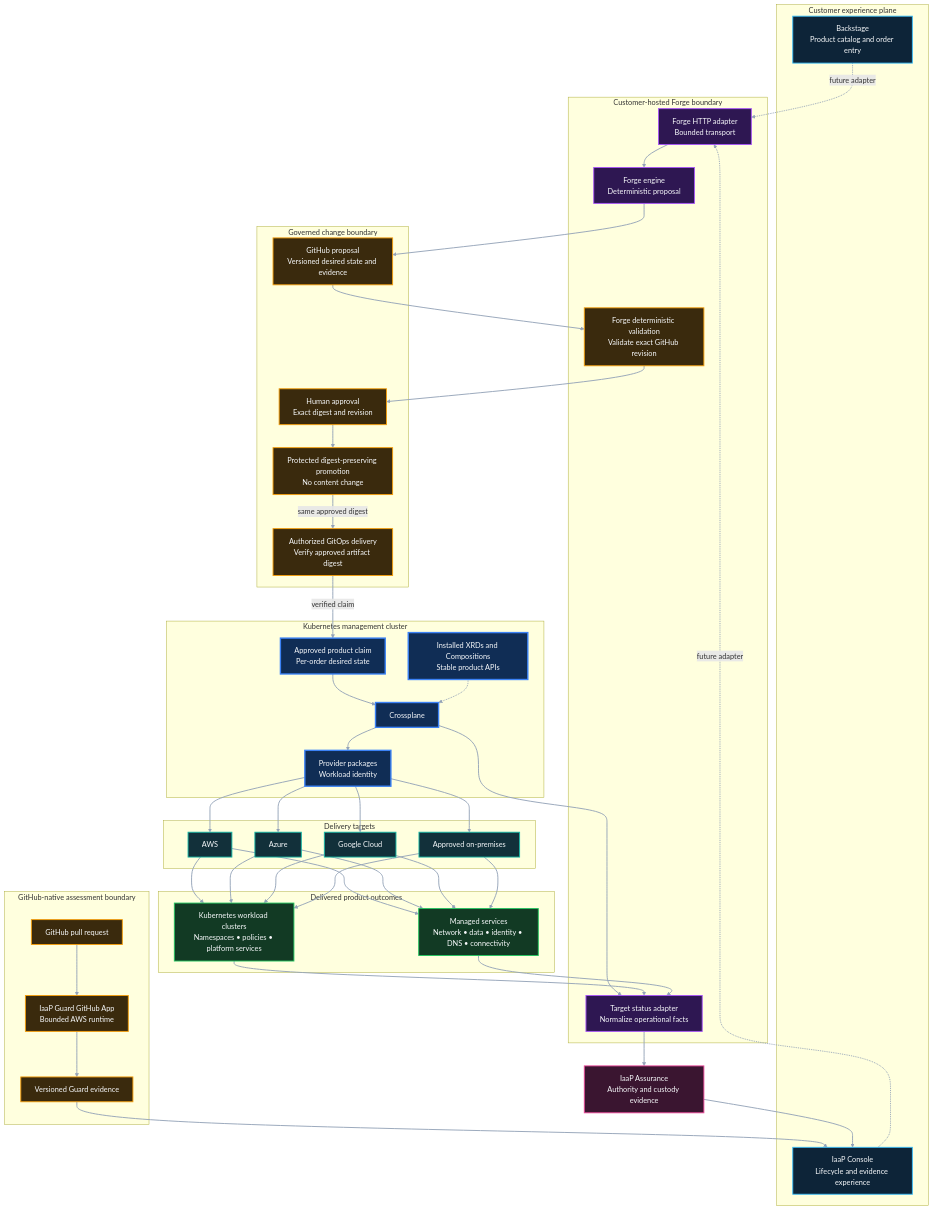
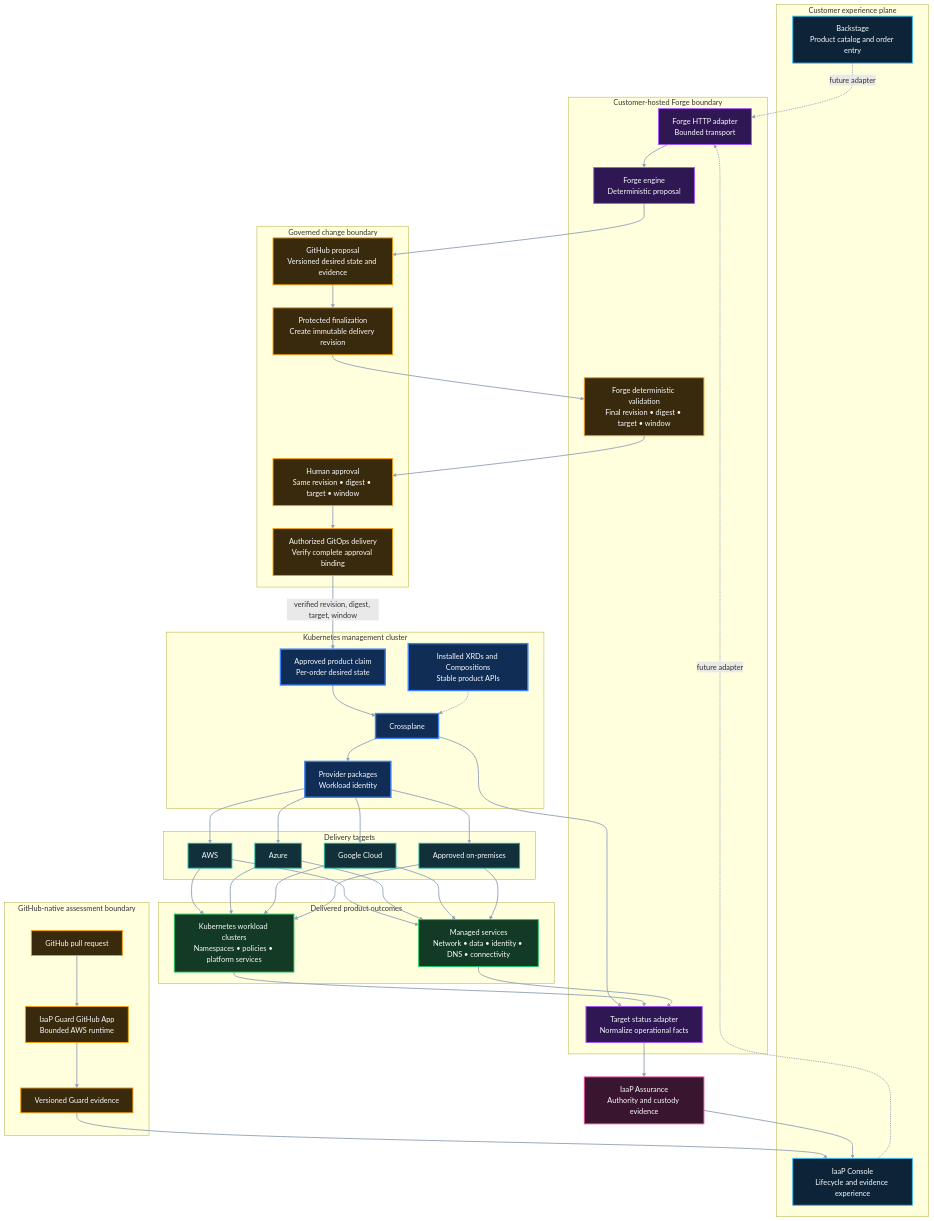
The second of 5 diagrams in docs/PRODUCT-ARCHITECTURE.md (InfrastructureProductWorks/ai-powered-infrastructure-as-a-product), drawn with Mermaid before and after one commit. The commit also changed other lines of this file, not shown here.

Commit message:
docs: bind delivery to final revision target and window

```diff
--- a/docs/PRODUCT-ARCHITECTURE.md
+++ b/docs/PRODUCT-ARCHITECTURE.md
@@ -79,15 +79,15 @@
   subgraph SVC["Customer-hosted Forge boundary"]
     FH["Forge HTTP adapter<br/>Bounded transport"]
     FE["Forge engine<br/>Deterministic proposal"]
-    FV["Forge deterministic validation<br/>Validate exact GitHub revision"]
+    FV["Forge deterministic validation<br/>Final revision • digest • target • window"]
     FA["Target status adapter<br/>Normalize operational facts"]
   end
 
   subgraph GOV["Governed change boundary"]
     GH["GitHub proposal<br/>Versioned desired state and evidence"]
-    HA["Human approval<br/>Exact digest and revision"]
-    PM["Protected digest-preserving promotion<br/>No content change"]
-    GC["Authorized GitOps delivery<br/>Verify approved artifact digest"]
+    PM["Protected finalization<br/>Create immutable delivery revision"]
+    HA["Human approval<br/>Same revision • digest • target • window"]
+    GC["Authorized GitOps delivery<br/>Verify complete approval binding"]
   end
 
   subgraph MGMT["Kubernetes management cluster"]
@@ -118,11 +118,11 @@
   UI -. future adapter .-> FH
   FH --> FE
   FE --> GH
-  GH --> FV
+  GH --> PM
+  PM --> FV
   FV --> HA
-  HA --> PM
-  PM -- same approved digest --> GC
-  GC -- verified claim --> CLAIM
+  HA --> GC
+  GC -- verified revision, digest, target, window --> CLAIM
   CLAIM --> XP
   PKG -.-> XP
   XP --> PRV
```
